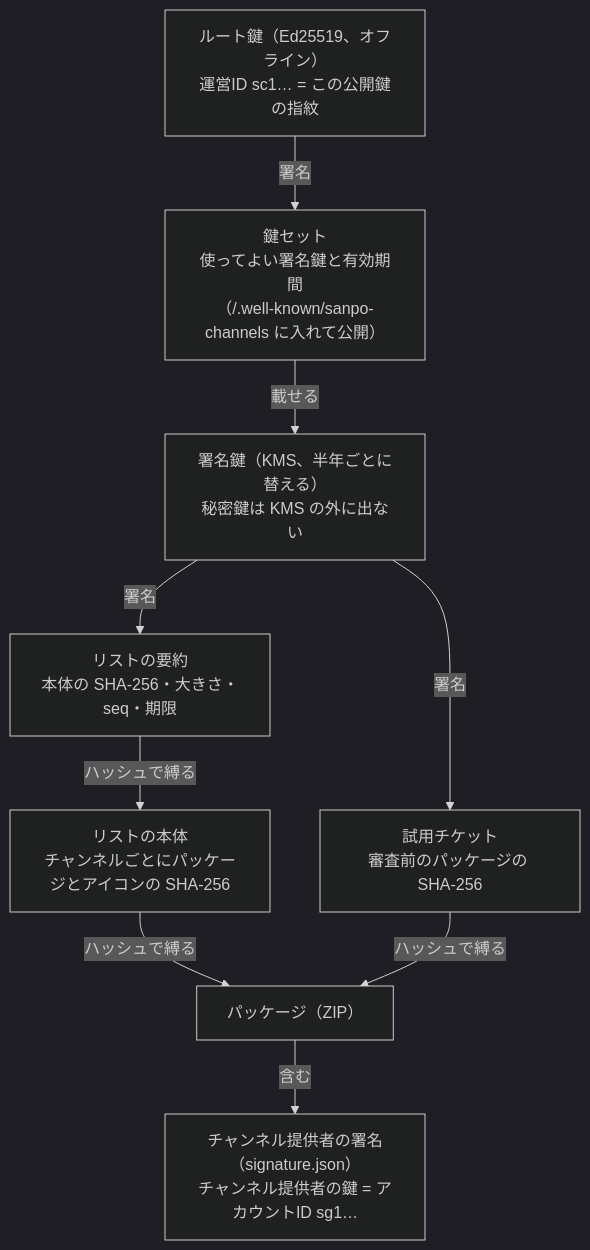
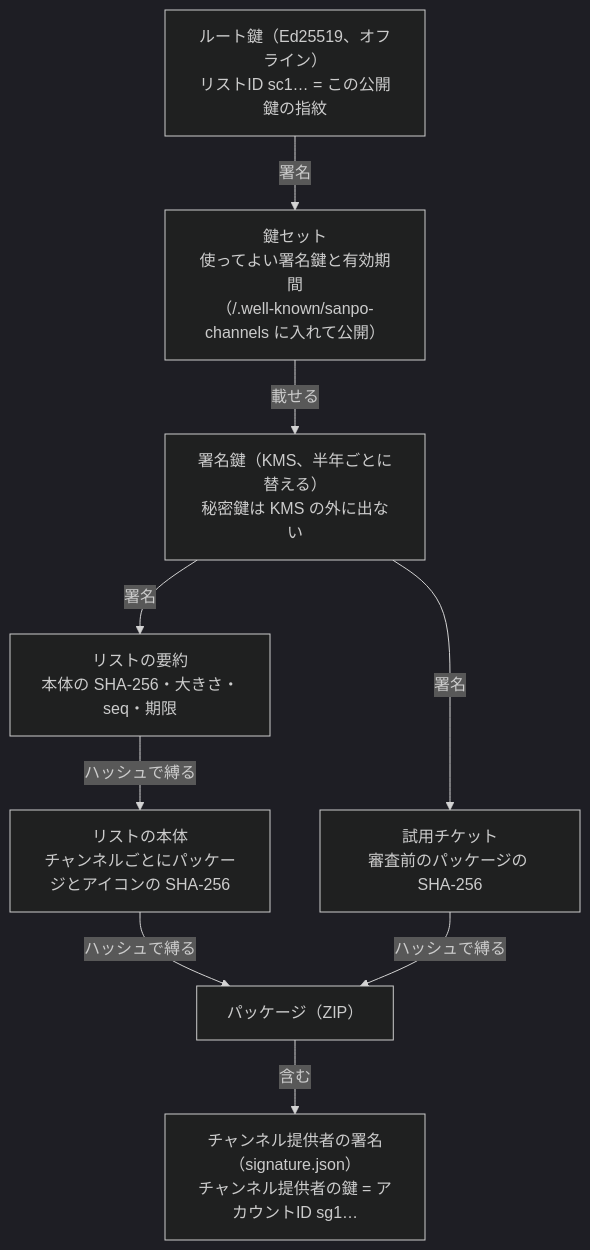
The third of 7 diagrams in docs/architecture.md (duwenji/michizure-console), drawn with Mermaid (dark theme) before and after one commit. The commit also changed other lines of this file and 11 other files, not shown here.

````diff
--- a/docs/architecture.md
+++ b/docs/architecture.md
@@ -114,16 +114,16 @@
 ```mermaid
 flowchart TB
-  R["ルート鍵（Ed25519、オフライン）<br/>運営ID sc1… = この公開鍵の指紋"]
+  R["ルート鍵（Ed25519、オフライン）<br/>リストID sc1… = この公開鍵の指紋"]
   KS["鍵セット<br/>使ってよい署名鍵と有効期間<br/>（/.well-known/sanpo-channels に入れて公開）"]
   SK["署名鍵（KMS、半年ごとに替える）<br/>秘密鍵は KMS の外に出ない"]
   DG["リストの要約<br/>本体の SHA-256・大きさ・seq・期限"]
   L["リストの本体<br/>チャンネルごとにパッケージとアイコンの SHA-256"]
   P["パッケージ（ZIP）"]
   PS["チャンネル提供者の署名（signature.json）<br/>チャンネル提供者の鍵 = アカウントID sg1…"]
   T["試用チケット<br/>審査前のパッケージの SHA-256"]
 
   R -->|署名| KS -->|載せる| SK
   SK -->|署名| DG -->|ハッシュで縛る| L -->|ハッシュで縛る| P
   P -->|含む| PS
   SK -->|署名| T -->|ハッシュで縛る| P
 ```
````
